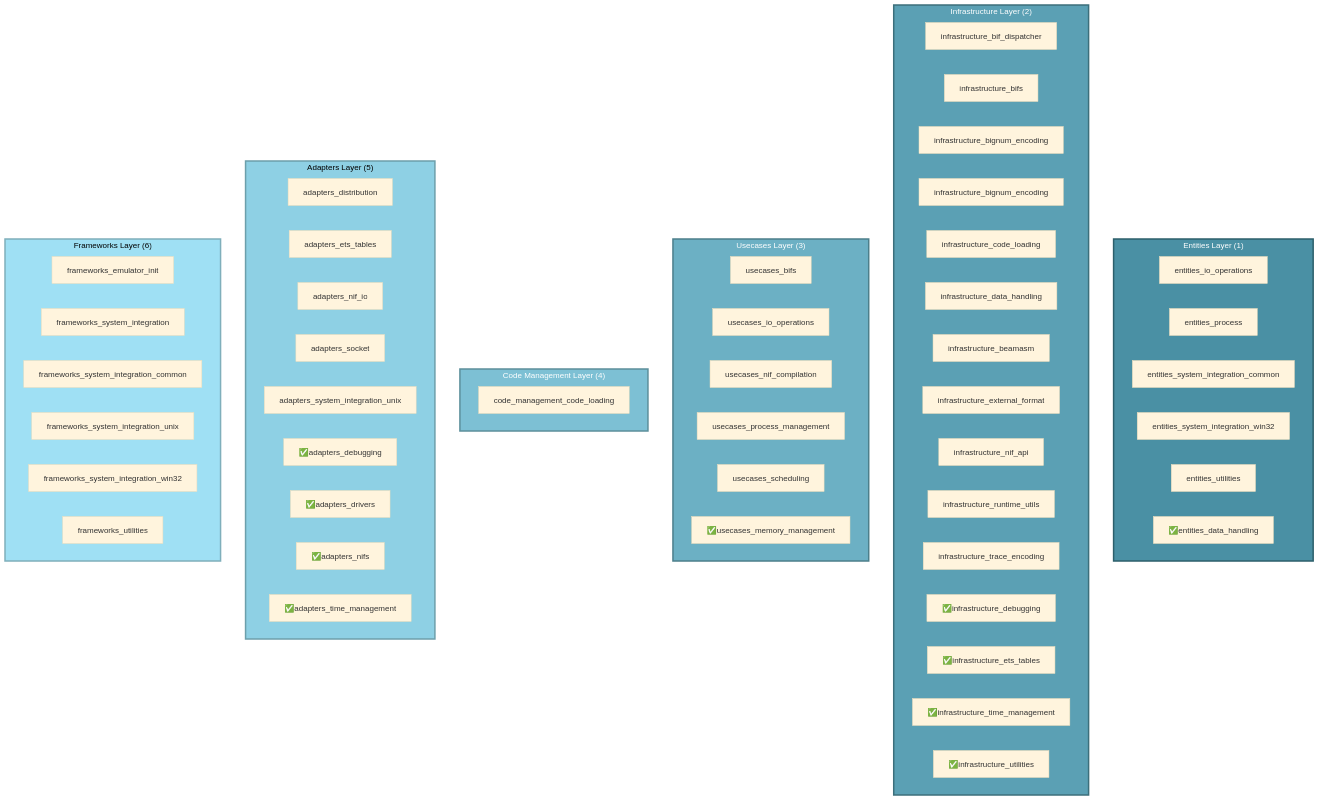
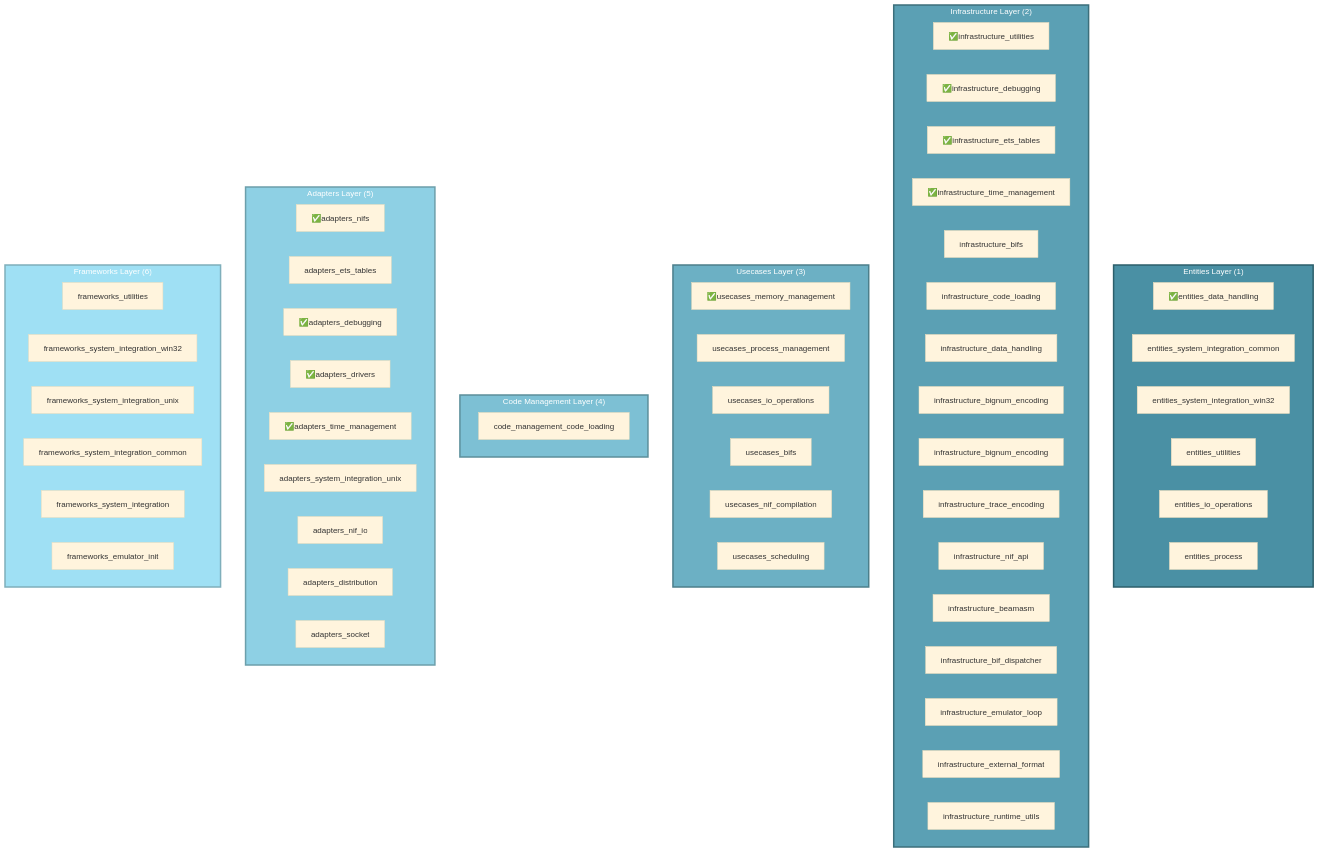
The diagram in rust-conversion/solid-clear-design/layers-groups.mmd (yenrab/iron-beam), drawn with Mermaid (base theme) before and after one commit. The commit also changed 210 other files, not shown here.

```diff
--- a/rust-conversion/solid-clear-design/layers-groups.mmd
+++ b/rust-conversion/solid-clear-design/layers-groups.mmd
@@ -1,67 +1,68 @@
 graph TD
     subgraph entities["Entities Layer (1)"]
-        BehaviorGroup_5["entities_io_operations"]
-        BehaviorGroup_36["entities_process"]
-        BehaviorGroup_2["entities_system_integration_common"]
-        BehaviorGroup_3["entities_system_integration_win32"]
-        BehaviorGroup_4["entities_utilities"]
-        BehaviorGroup_1["✅entities_data_handling"]
+        5["entities_io_operations"]
+        36["entities_process"]
+        2["entities_system_integration_common"]
+        3["entities_system_integration_win32"]
+        4["entities_utilities"]
+        1["✅entities_data_handling"]
     end
     style entities fill:#4A90A4,stroke:#2C5F6B,stroke-width:3px,color:#FFFFFF
 
     subgraph infrastructure["Infrastructure Layer (2)"]
-        BehaviorGroup_infrastructure_bif_dispatcher["infrastructure_bif_dispatcher"]
-        BehaviorGroup_28["infrastructure_bifs"]
-        BehaviorGroup_31["infrastructure_bignum_encoding"]
-        BehaviorGroup_32["infrastructure_bignum_encoding"]
-        BehaviorGroup_29["infrastructure_code_loading"]
-        BehaviorGroup_30["infrastructure_data_handling"]
-        BehaviorGroup_infrastructure_beamasm["infrastructure_beamasm"]
-        BehaviorGroup_infrastructure_external_format["infrastructure_external_format"]
-        BehaviorGroup_35["infrastructure_nif_api"]
-        BehaviorGroup_infrastructure_runtime_utils["infrastructure_runtime_utils"]
-        BehaviorGroup_33["infrastructure_trace_encoding"]
-        BehaviorGroup_25["✅infrastructure_debugging"]
-        BehaviorGroup_26["✅infrastructure_ets_tables"]
-        BehaviorGroup_27["✅infrastructure_time_management"]
-        BehaviorGroup_24["✅infrastructure_utilities"]
+        infrastructure_beamasm["infrastructure_beamasm"]
+        infrastructure_bif_dispatcher["infrastructure_bif_dispatcher"]
+        28["infrastructure_bifs"]
+        31["infrastructure_bignum_encoding"]
+        32["infrastructure_bignum_encoding"]
+        29["infrastructure_code_loading"]
+        30["infrastructure_data_handling"]
+        infrastructure_emulator_loop["infrastructure_emulator_loop"]
+        infrastructure_external_format["infrastructure_external_format"]
+        35["infrastructure_nif_api"]
+        infrastructure_runtime_utils["infrastructure_runtime_utils"]
+        33["infrastructure_trace_encoding"]
+        25["✅infrastructure_debugging"]
+        26["✅infrastructure_ets_tables"]
+        27["✅infrastructure_time_management"]
+        24["✅infrastructure_utilities"]
     end
     style infrastructure fill:#5BA0B4,stroke:#3C6F7B,stroke-width:3px,color:#FFFFFF
 
     subgraph usecases["Usecases Layer (3)"]
-        BehaviorGroup_9["usecases_bifs"]
-        BehaviorGroup_8["usecases_io_operations"]
-        BehaviorGroup_usecases_nif_compilation["usecases_nif_compilation"]
-        BehaviorGroup_7["usecases_process_management"]
-        BehaviorGroup_usecases_scheduling["usecases_scheduling"]
-        BehaviorGroup_6["✅usecases_memory_management"]
+        9["usecases_bifs"]
+        8["usecases_io_operations"]
+        usecases_nif_compilation["usecases_nif_compilation"]
+        7["usecases_process_management"]
+        usecases_scheduling["usecases_scheduling"]
+        6["✅usecases_memory_management"]
     end
     style usecases fill:#6CB0C4,stroke:#4C7F8B,stroke-width:3px,color:#FFFFFF
 
-    subgraph codemanagement["Code Management Layer (4)"]
-        BehaviorGroup_34["code_management_code_loading"]
+    subgraph code_management["Code Management Layer (4)"]
+        34["code_management_code_loading"]
     end
-    style codemanagement fill:#7DC0D4,stroke:#5C8F9B,stroke-width:3px,color:#FFFFFF
+    style code_management fill:#7DC0D4,stroke:#5C8F9B,stroke-width:3px,color:#FFFFFF
 
     subgraph adapters["Adapters Layer (5)"]
-        BehaviorGroup_18["adapters_distribution"]
-        BehaviorGroup_12["adapters_ets_tables"]
-        BehaviorGroup_17["adapters_nif_io"]
-        BehaviorGroup_37["adapters_socket"]
-        BehaviorGroup_16["adapters_system_integration_unix"]
-        BehaviorGroup_13["✅adapters_debugging"]
-        BehaviorGroup_14["✅adapters_drivers"]
-        BehaviorGroup_10["✅adapters_nifs"]
-        BehaviorGroup_15["✅adapters_time_management"]
+        18["adapters_distribution"]
+        12["adapters_ets_tables"]
+        17["adapters_nif_io"]
+        37["adapters_socket"]
+        16["adapters_system_integration_unix"]
+        13["✅adapters_debugging"]
+        14["✅adapters_drivers"]
+        10["✅adapters_nifs"]
+        15["✅adapters_time_management"]
     end
-    style adapters fill:#8ED0E4,stroke:#6C9FAB,stroke-width:3px,color:#000000
+    style adapters fill:#8ED0E4,stroke:#6C9FAB,stroke-width:3px,color:#FFFFFF
 
     subgraph frameworks["Frameworks Layer (6)"]
-        BehaviorGroup_frameworks_emulator_init["frameworks_emulator_init"]
-        BehaviorGroup_23["frameworks_system_integration"]
-        BehaviorGroup_22["frameworks_system_integration_common"]
-        BehaviorGroup_21["frameworks_system_integration_unix"]
-        BehaviorGroup_20["frameworks_system_integration_win32"]
-        BehaviorGroup_19["frameworks_utilities"]
+        frameworks_emulator_init["frameworks_emulator_init"]
+        23["frameworks_system_integration"]
+        22["frameworks_system_integration_common"]
+        21["frameworks_system_integration_unix"]
+        20["frameworks_system_integration_win32"]
+        19["frameworks_utilities"]
     end
-    style frameworks fill:#9FE0F4,stroke:#7FAFBB,stroke-width:3px,color:#000000
+    style frameworks fill:#9FE0F4,stroke:#7FAFBB,stroke-width:3px,color:#FFFFFF
```
